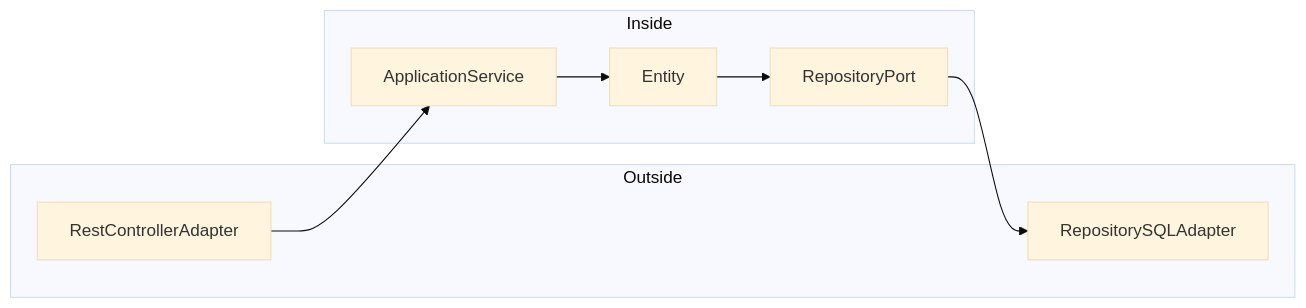
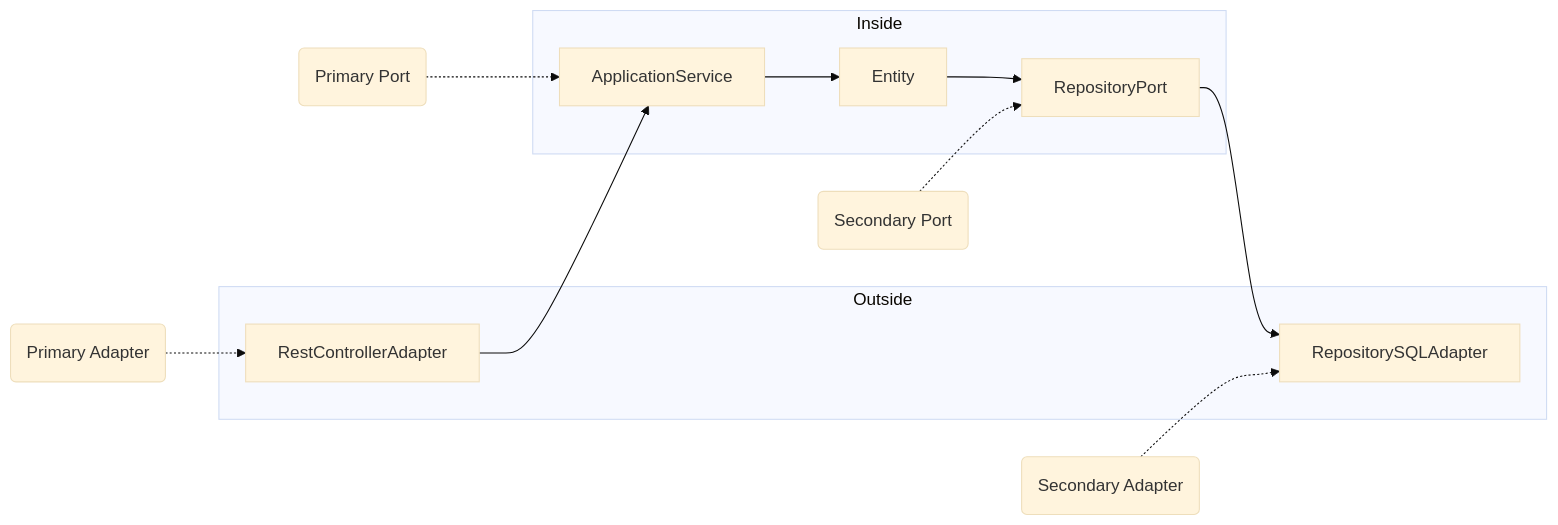
The diagram in README.md (aleixmorgadas/thin-ports-and-adapters), drawn with Mermaid (base theme) before and after one commit. The commit also changed other lines of this file and 1 other file, not shown here.

Commit message:
docs: improved README.md

````diff
--- a/README.md
+++ b/README.md
@@ -11,16 +11,21 @@
 ```mermaid
 graph LR
     RestControllerAdapter --> ApplicationService
     ApplicationService --> Entity
     Entity --> RepositoryPort
     RepositoryPort --> RepositorySQLAdapter
     subgraph Outside 
         RestControllerAdapter
         RepositorySQLAdapter
     end
     subgraph Inside 
         ApplicationService
         Entity
         RepositoryPort
     end
+    
+    PAdapter(Primary Adapter) -.-> RestControllerAdapter
+    PPort(Primary Port) -.-> ApplicationService
+    SAdapter(Secondary Adapter) -.-> RepositorySQLAdapter
+    SPort(Secondary Port) -.-> RepositoryPort
 ```
````
